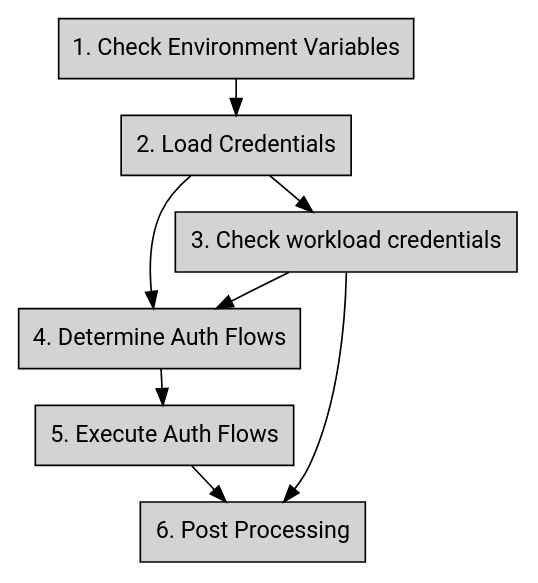
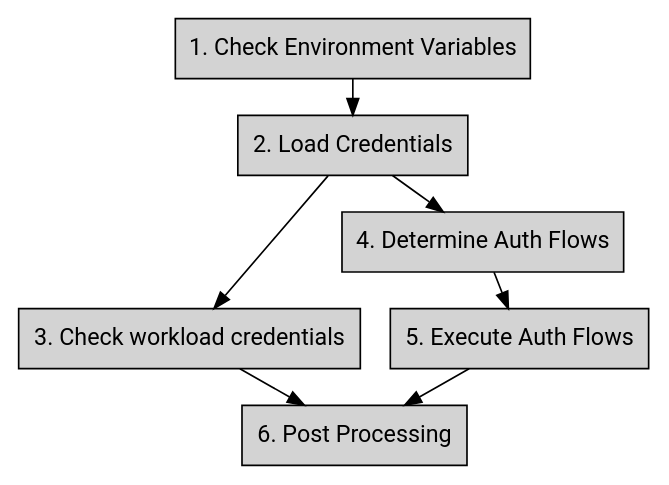
One commit to aip-dev/google.aip.dev changed the diagram in aip/auth/4110.md. Above: the diagram before and after it, drawn with Graphviz. The commit also changed other lines of this file, not shown here.

````diff
--- a/aip/auth/4110.md
+++ b/aip/auth/4110.md
@@ -103,18 +103,18 @@
 ```graphviz
 digraph d_front_back {
   rankdir=TB;
   ranksep=0.3;
   node [ style="filled,solid" shape=box fontname="Roboto" ];
 
   check_env_var [ label="1. Check Environment Variables" ];
   load_credentials [ label="2. Load Credentials" ];
   check_metadata [ label="3. Check workload credentials" ];
   auth_flows [ label="4. Determine Auth Flows" ];
   execute [ label="5. Execute Auth Flows" ];
   post_processing [ label="6. Post Processing" ];
 
-  check_env_var -> load_credentials -> check_metadata ->auth_flows -> execute -> post_processing;
-  load_credentials -> auth_flows;
+  check_env_var -> load_credentials -> check_metadata;
+  load_credentials -> auth_flows -> execute -> post_processing;
   check_metadata -> post_processing;
 }
 ```
````
